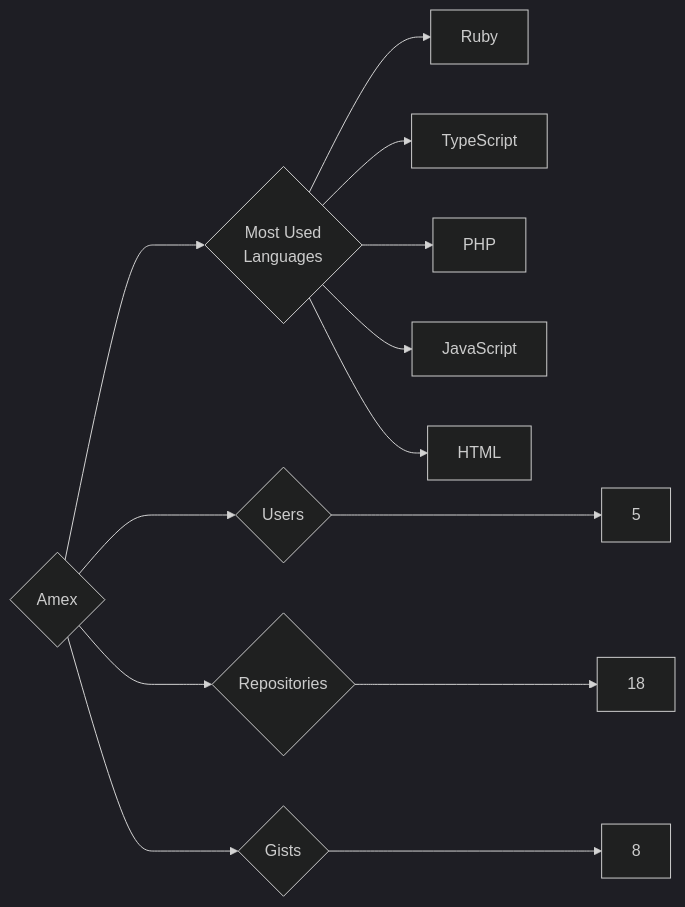
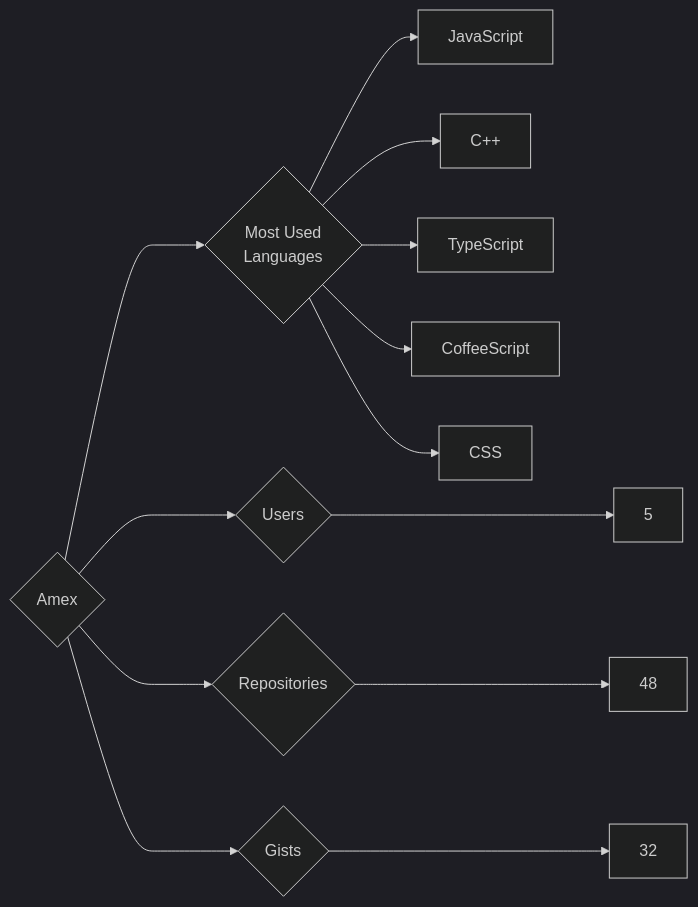
One commit to trickest/insiders changed the diagram in targets/Amex/README.md. Above: the diagram before and after it, drawn with Mermaid (dark theme). The commit also changed 823 other files, not shown here.

````diff
--- a/targets/Amex/README.md
+++ b/targets/Amex/README.md
@@ -3,13 +3,13 @@
 ```mermaid
 graph LR
 COMPANY_NAME{Amex}
 COMPANY_NAME ---> U{Users} ---> UN[5]
-COMPANY_NAME ---> R{Repositories} ---> RN[18]
-COMPANY_NAME ---> G{Gists} ---> GN[8]
+COMPANY_NAME ---> R{Repositories} ---> RN[48]
+COMPANY_NAME ---> G{Gists} ---> GN[32]
 COMPANY_NAME ---> ML{Most Used<br>Languages}
-ML --> Ruby[Ruby]
+ML --> JavaScript[JavaScript]
+ML --> C++[C++]
 ML --> TypeScript[TypeScript]
-ML --> PHP[PHP]
-ML --> JavaScript[JavaScript]
-ML --> HTML[HTML]
+ML --> CoffeeScript[CoffeeScript]
+ML --> CSS[CSS]
 ```
````
